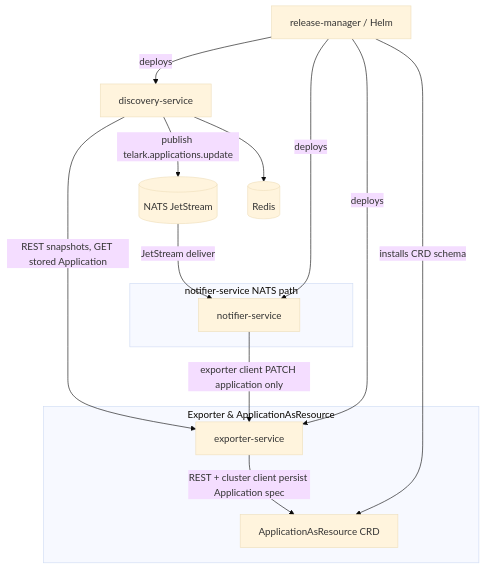
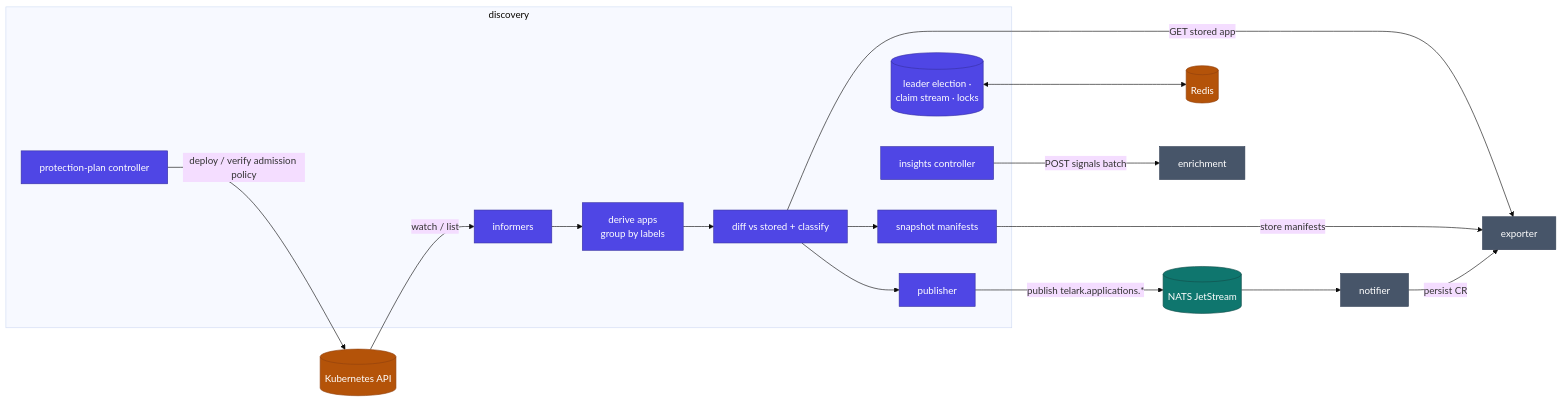
Before and after one commit to telark/telark: the first of 3 diagrams in services/discovery/README.md, drawn with Mermaid (base theme). The commit also changed other lines of this file and 5 other files, not shown here.

````diff
--- a/services/discovery/README.md
+++ b/services/discovery/README.md
@@ -9,29 +15,37 @@
 ```mermaid
-graph TD
-  subgraph NotifierPath["notifier-service NATS path"]
-    NTF[notifier-service]
+flowchart LR
+  K8S[("Kubernetes API")]
+
+  subgraph discovery["discovery"]
+    INF[informers] --> DER[derive apps<br/>group by labels]
+    DER --> DIFF[diff vs stored + classify]
+    DIFF --> SNAP[snapshot manifests]
+    DIFF --> PUB[publisher]
+    INS[insights controller]
+    PLN[protection-plan controller]
+    COORD[(leader election ·<br/>claim stream · locks)]
   end
 
-  subgraph ExporterAndCRD["Exporter & ApplicationAsResource"]
-    EXP[exporter-service]
-    CRD[ApplicationAsResource CRD]
-    EXP -->|REST + cluster client persist Application spec| CRD
-  end
+  EXP[exporter]
+  NATS[("NATS JetStream")]
+  NTF[notifier]
+  REDIS[("Redis")]
+  ENR[enrichment]
 
-  SM[discovery-service]
-  RM[release-manager / Helm]
-  NATS[(NATS JetStream)]
-  REDIS[(Redis)]
+  K8S -->|watch / list| INF
+  DIFF -->|GET stored app| EXP
+  SNAP -->|store manifests| EXP
+  PUB -->|publish telark.applications.*| NATS --> NTF -->|persist CR| EXP
+  COORD <--> REDIS
+  INS -->|POST signals batch| ENR
+  PLN -->|deploy / verify admission policy| K8S
 
-  RM -->|deploys| SM
-  RM -->|deploys| NTF
-  RM -->|deploys| EXP
-  RM -->|installs CRD schema| CRD
-
-  SM -->|REST snapshots, GET stored Application| EXP
-  SM -->|publish telark.applications.update| NATS
-  SM --> REDIS
-
-  NATS -->|JetStream deliver| NTF
-  NTF -->|exporter client PATCH application only| EXP
+  classDef svc fill:#4f46e5,stroke:#3730a3,color:#fff;
+  classDef infra fill:#0f766e,stroke:#134e4a,color:#fff;
+  classDef peer fill:#475569,stroke:#334155,color:#fff;
+  classDef store fill:#b45309,stroke:#92400e,color:#fff;
+  class INF,DER,DIFF,SNAP,PUB,INS,PLN,COORD svc;
+  class NATS infra;
+  class EXP,NTF,ENR peer;
+  class K8S,REDIS store;
 ```
````
